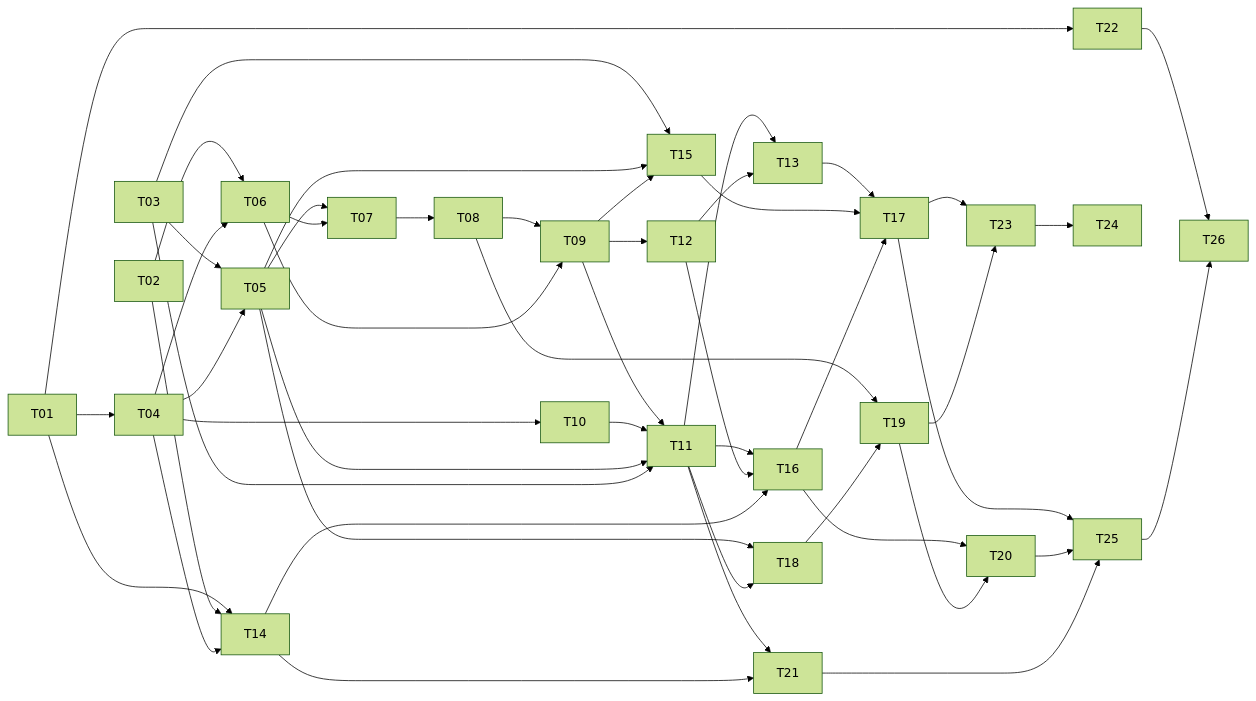
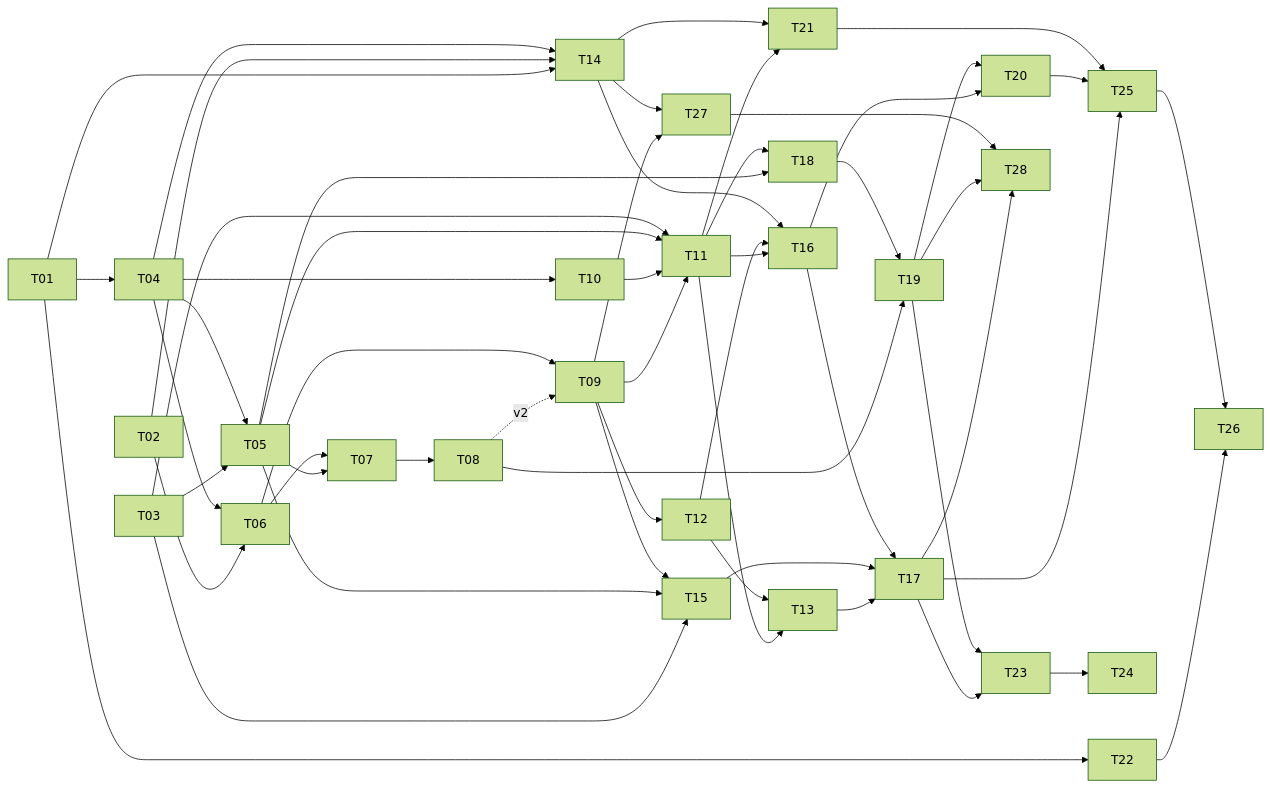
One commit to AnAsteria/Apertus_Hack changed the diagram in docs/tasks/README.md. Above: the diagram before and after it, drawn with Mermaid (forest theme). The commit also changed other lines of this file and 13 other files, not shown here.

````diff
--- a/docs/tasks/README.md
+++ b/docs/tasks/README.md
@@ -50,50 +50,55 @@
 ```mermaid
 flowchart LR
   T01 --> T04
   T02 --> T06
   T03 --> T05
   T04 --> T05
   T04 --> T06
   T05 --> T07
   T06 --> T07
   T07 --> T08
-  T08 --> T09
+  T08 -. v2 .-> T09
   T06 --> T09
   T04 --> T10
   T09 --> T11
   T10 --> T11
   T05 --> T11
   T03 --> T11
   T09 --> T12
   T11 --> T13
   T12 --> T13
   T01 --> T14
   T02 --> T14
   T04 --> T14
   T03 --> T15
   T05 --> T15
   T09 --> T15
   T11 --> T16
   T12 --> T16
   T14 --> T16
   T13 --> T17
   T15 --> T17
   T16 --> T17
   T05 --> T18
   T11 --> T18
   T08 --> T19
   T18 --> T19
   T16 --> T20
   T19 --> T20
   T11 --> T21
   T14 --> T21
   T01 --> T22
   T17 --> T23
   T19 --> T23
   T23 --> T24
   T17 --> T25
   T20 --> T25
   T21 --> T25
   T22 --> T26
   T25 --> T26
+  T09 --> T27
+  T14 --> T27
+  T17 --> T28
+  T19 --> T28
+  T27 --> T28
 ```
````
